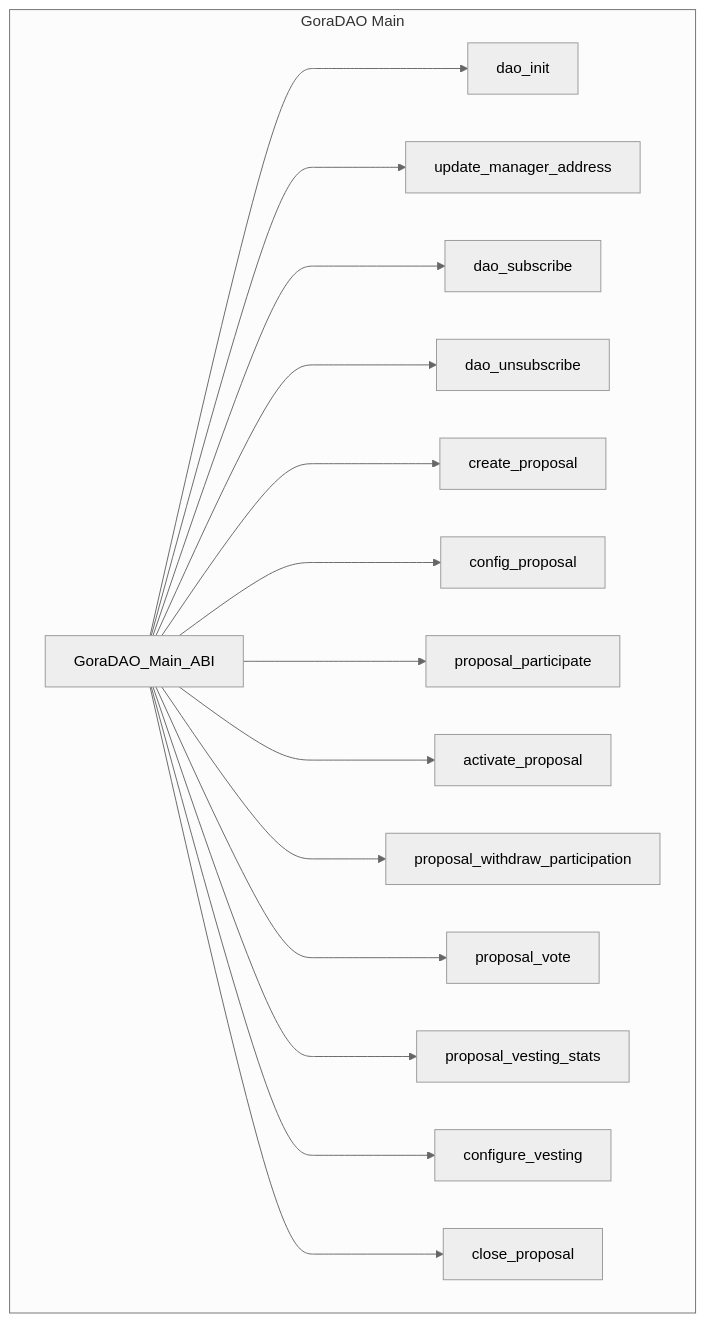
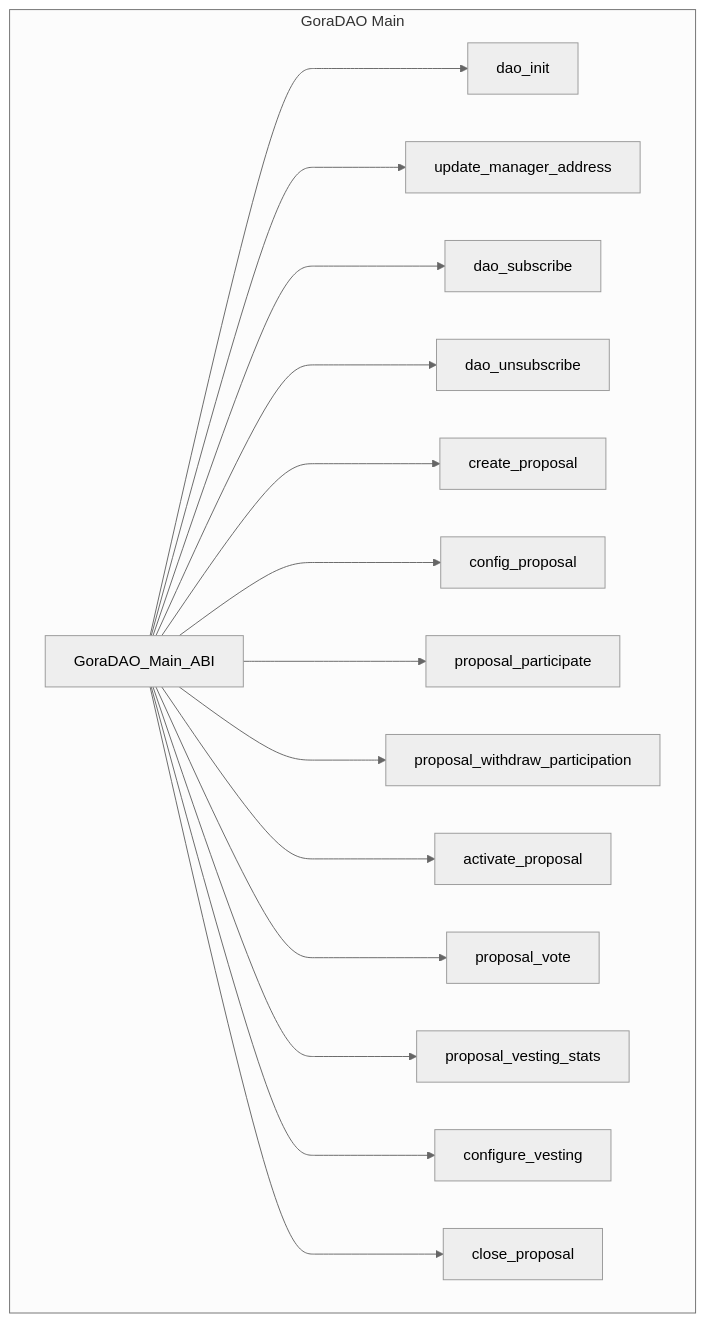
The sixth of 8 diagrams in README.md (GoraNetwork/gora-dao-smartcontracts), drawn with Mermaid (neutral theme) before and after one commit. The commit also changed other lines of this file and 1 other file, not shown here.

Commit message:
AL-366 : Add proposal_participate to gora-dao-abi

````diff
--- a/README.md
+++ b/README.md
@@ -214,40 +214,40 @@
 ```mermaid
 
 graph TB
  
       subgraph GoraDAO Main
             GoraDAO_Main[GoraDAO_Main_ABI]
             DAO_Init[dao_init]
             Update_Manager_address[update_manager_address]
             DAO_Subscribe[dao_subscribe]
             DAO_Unsubscribe[dao_unsubscribe]
             Create_Proposal[create_proposal]
             Configure_Proposal[config_proposal]
-            Activate_Voting[activate_proposal]
             Proposal_Participate[proposal_participate]
             Proposal_Withdraw_Participation[proposal_withdraw_participation]
+            Activate_Voting[activate_proposal]
             Proposal_Vote[proposal_vote]
             Proposal_Vesting_Stats[proposal_vesting_stats]
             Configure_Vesting[configure_vesting]
             Force_Close_Proposal[close_proposal]
        
         end
       
 
       GoraDAO_Main[GoraDAO_Main_ABI] ---> DAO_Init
       GoraDAO_Main[GoraDAO_Main_ABI] ---> Update_Manager_address
       GoraDAO_Main[GoraDAO_Main_ABI] ---> DAO_Subscribe
       GoraDAO_Main[GoraDAO_Main_ABI] ---> DAO_Unsubscribe
 
       GoraDAO_Main[GoraDAO_Main_ABI] ---> Create_Proposal
       GoraDAO_Main[GoraDAO_Main_ABI] ---> Configure_Proposal
       GoraDAO_Main[GoraDAO_Main_ABI] ---> Proposal_Participate
+      GoraDAO_Main[GoraDAO_Main_ABI] ---> Proposal_Withdraw_Participation
       GoraDAO_Main[GoraDAO_Main_ABI] ---> Activate_Voting
-      GoraDAO_Main[GoraDAO_Main_ABI] ---> Proposal_Withdraw_Participation
       GoraDAO_Main[GoraDAO_Main_ABI] ---> Proposal_Vote
       GoraDAO_Main[GoraDAO_Main_ABI] ---> Proposal_Vesting_Stats
       GoraDAO_Main[GoraDAO_Main_ABI] ---> Configure_Vesting
       GoraDAO_Main[GoraDAO_Main_ABI] ---> Force_Close_Proposal
  
 
 ```
````
